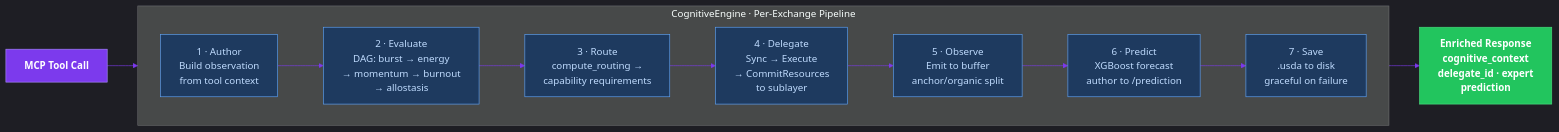
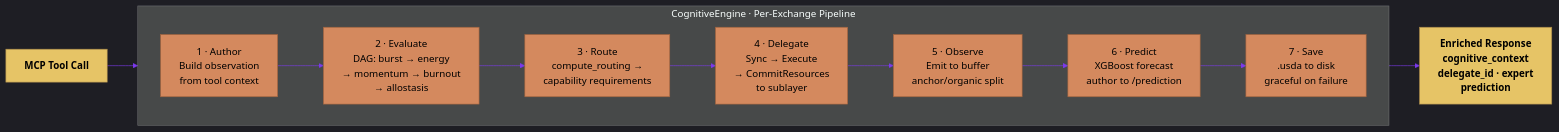
Before and after one commit to JosephOIbrahim/Harlo: the eighth of 11 diagrams in README.md, drawn with Mermaid. The commit also changed other lines of this file, not shown here.

First line of the commit message:
style(readme): unify mermaid diagrams to a 2-color muted orange/yellow scheme with black text

````diff
--- a/README.md
+++ b/README.md
@@ -512,25 +512,25 @@
 ```mermaid
 %%{init: {'theme': 'dark', 'themeVariables': {'primaryColor': '#1a1a2e', 'primaryTextColor': '#e0e0e0', 'primaryBorderColor': '#7c3aed', 'lineColor': '#7c3aed'}}}%%
 graph LR
     CALL["MCP Tool Call"]:::input
 
     subgraph PIPELINE["CognitiveEngine · Per-Exchange Pipeline"]
         direction LR
         S1["1 · Author\nBuild observation\nfrom tool context"]:::step
         S2["2 · Evaluate\nDAG: burst → energy\n→ momentum → burnout\n→ allostasis"]:::step
         S3["3 · Route\ncompute_routing →\ncapability requirements"]:::step
         S4["4 · Delegate\nSync → Execute\n→ CommitResources\nto sublayer"]:::step
         S5["5 · Observe\nEmit to buffer\nanchor/organic split"]:::step
         S6["6 · Predict\nXGBoost forecast\nauthor to /prediction"]:::step
         S7["7 · Save\n.usda to disk\ngraceful on failure"]:::step
         S1 --> S2 --> S3 --> S4 --> S5 --> S6 --> S7
     end
 
     RESPONSE["Enriched Response\ncognitive_context\ndelegate_id · expert\nprediction"]:::output
 
     CALL --> PIPELINE --> RESPONSE
 
-    classDef input fill:#7c3aed,stroke:#a78bfa,color:#fff,font-weight:bold
-    classDef step fill:#1e3a5f,stroke:#60a5fa,color:#bfdbfe
-    classDef output fill:#22c55e,stroke:#4ade80,color:#fff,font-weight:bold
+    classDef input fill:#e6c466,stroke:#a8884a,color:#000000,font-weight:bold
+    classDef step fill:#d4895e,stroke:#a0623d,color:#000000
+    classDef output fill:#e6c466,stroke:#a8884a,color:#000000,font-weight:bold
 ```
````
